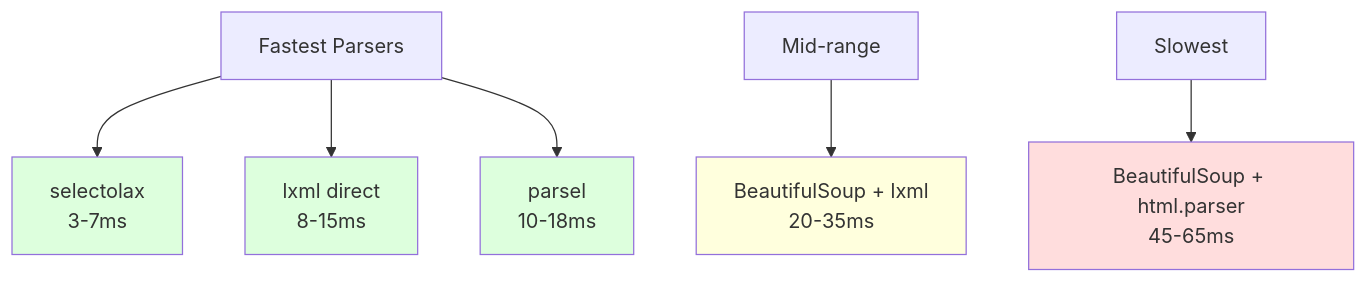
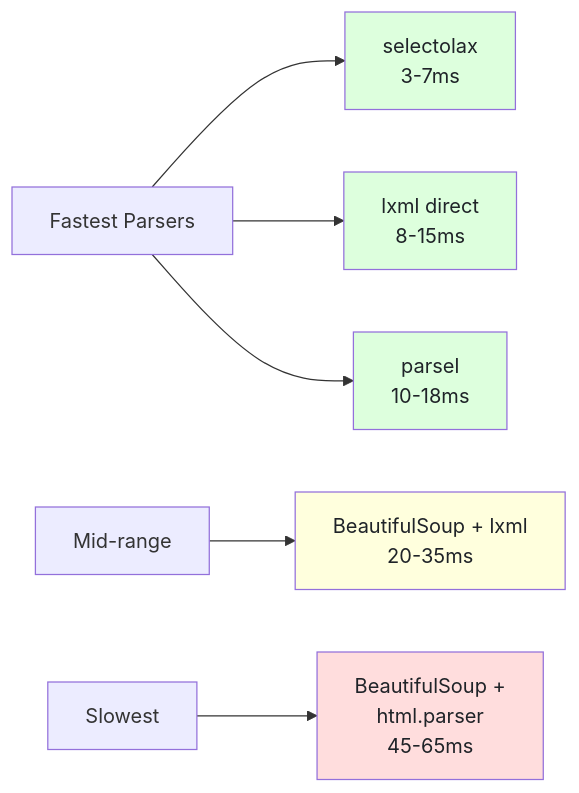
One commit to bytetunnels/bytetunnels.github.com changed the third of 4 diagrams in _posts/2026-02-26-fastest-python-web-scraping-library-benchmarks.md. Above: the diagram before and after it, drawn with Mermaid. The commit also changed other lines of this file and 118 other files, not shown here.

Commit message:
feat: improve diagram styling and compact wide flowcharts

````diff
--- a/_posts/2026-02-26-fastest-python-web-scraping-library-benchmarks.md
+++ b/_posts/2026-02-26-fastest-python-web-scraping-library-benchmarks.md
@@ -345,16 +345,16 @@
 ```mermaid
-graph TD
-    FAST["Fastest Parsers"] --> SEL["selectolax<br>3-7ms"]
-    FAST --> LX["lxml direct<br>8-15ms"]
-    FAST --> PAR["parsel<br>10-18ms"]
+graph LR
+    FAST["Fastest Parsers"] --> SEL["selectolax<br/>3-7ms"]
+    FAST --> LX["lxml direct<br/>8-15ms"]
+    FAST --> PAR["parsel<br/>10-18ms"]
 
-    MED["Mid-range"] --> BSL["BeautifulSoup + lxml<br>20-35ms"]
+    MED["Mid-range"] --> BSL["BeautifulSoup + lxml<br/>20-35ms"]
 
-    SLOW["Slowest"] --> BSH["BeautifulSoup + html.parser<br>45-65ms"]
+    SLOW["Slowest"] --> BSH["BeautifulSoup +<br/>html.parser<br/>45-65ms"]
 
-    style SEL fill:#ddffdd
-    style LX fill:#ddffdd
-    style PAR fill:#ddffdd
-    style BSL fill:#ffffdd
-    style BSH fill:#ffdddd
+    style SEL fill:#ddffdd,color:#1f2328
+    style LX fill:#ddffdd,color:#1f2328
+    style PAR fill:#ddffdd,color:#1f2328
+    style BSL fill:#ffffdd,color:#1f2328
+    style BSH fill:#ffdddd,color:#1f2328
 ```
````
